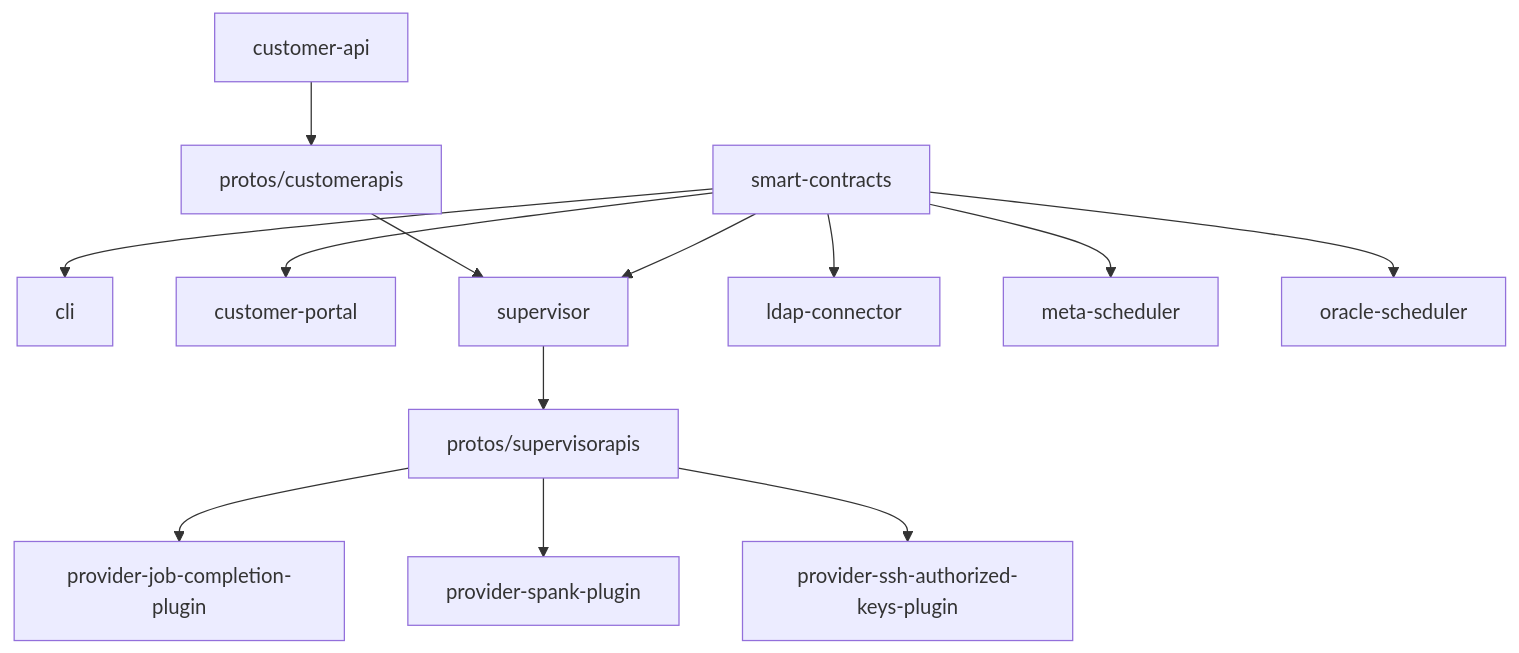
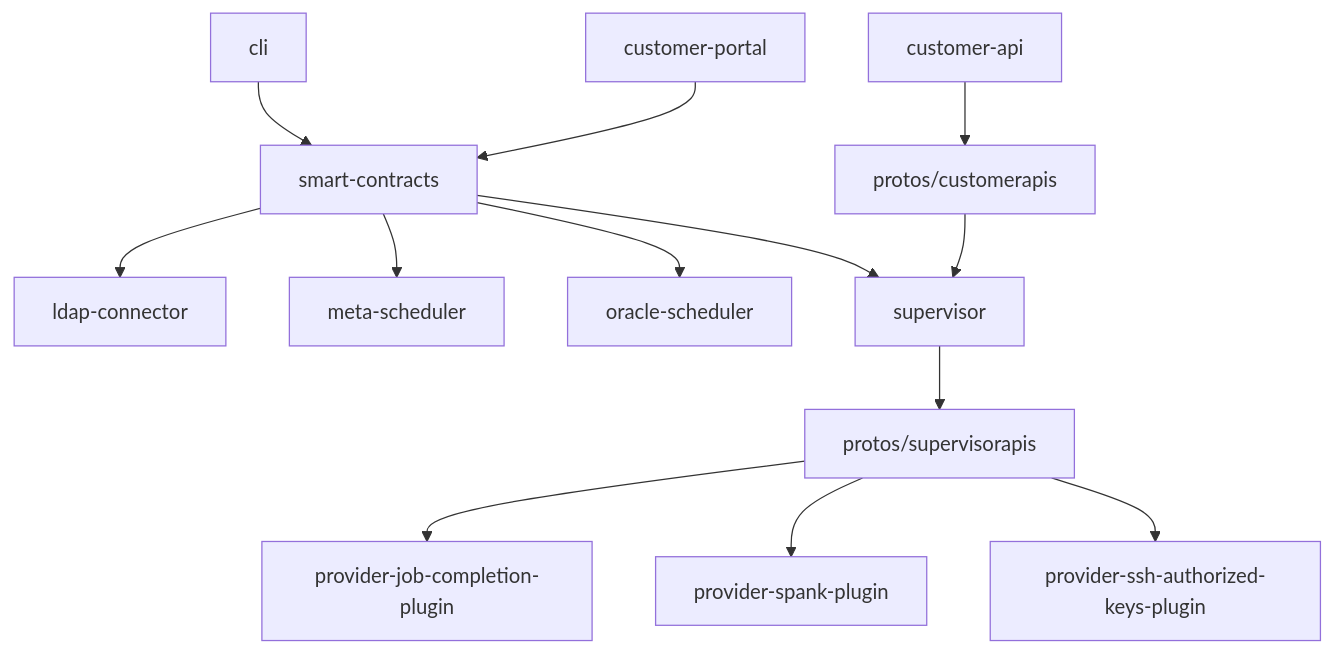
The diagram in README.md (deepsquare-io/grid), drawn with Mermaid before and after one commit. The commit also changed 4 other files, not shown here.

````diff
--- a/README.md
+++ b/README.md
@@ -7,15 +7,15 @@
 ```mermaid
 flowchart TD
-  smart-contracts --> cli
-  smart-contracts --> customer-portal
-  smart-contracts --> supervisor
+  cli --> smart-contracts
+  customer-portal --> smart-contracts
   smart-contracts --> ldap-connector
   smart-contracts --> meta-scheduler
   smart-contracts --> oracle-scheduler
+  smart-contracts --> supervisor
   supervisor --> protos/supervisorapis
   protos/supervisorapis --> provider-job-completion-plugin
   protos/supervisorapis --> provider-spank-plugin
   protos/supervisorapis --> provider-ssh-authorized-keys-plugin
   customer-api --> protos/customerapis
   protos/customerapis --> supervisor
 ```
````
